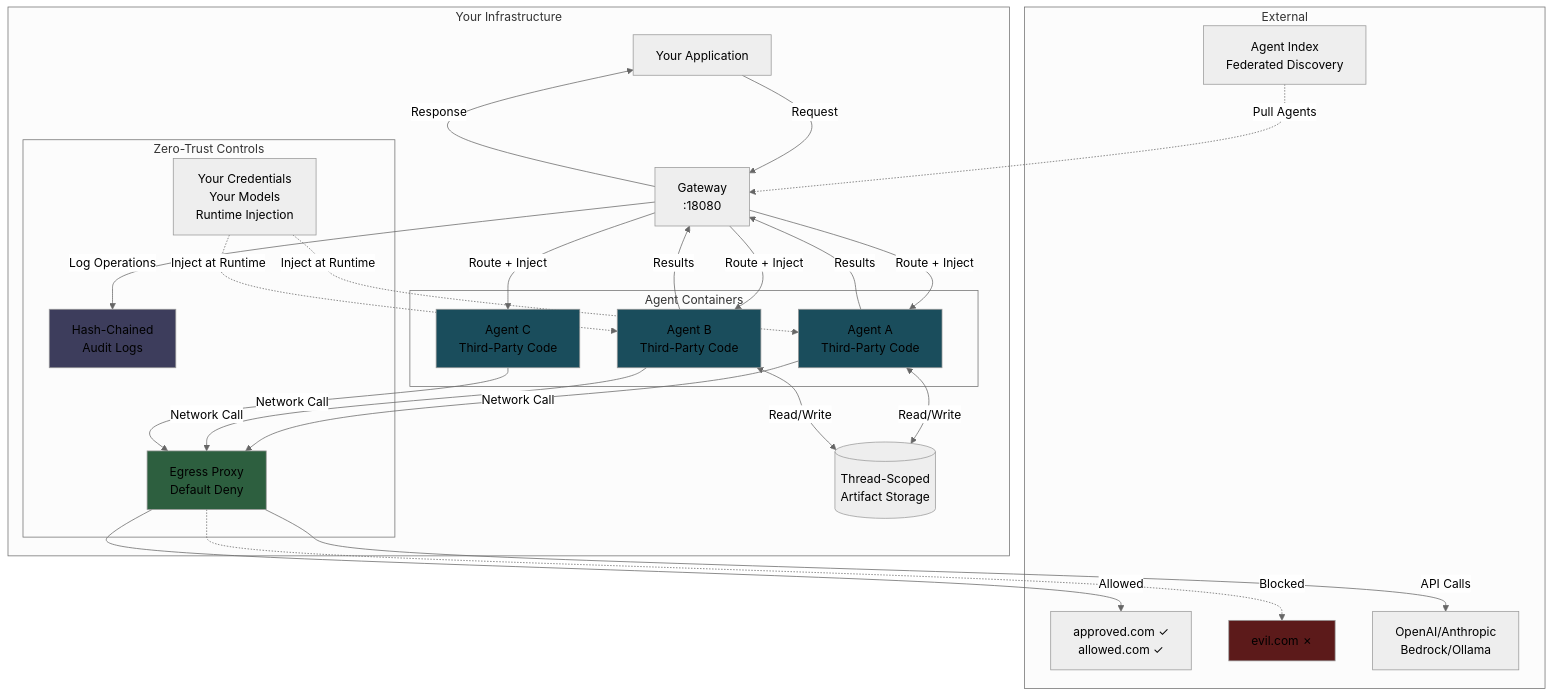
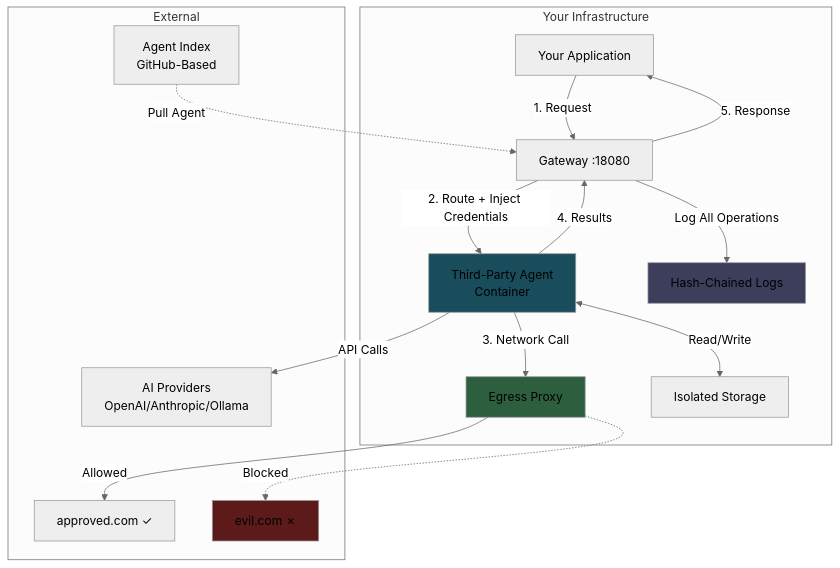
One commit to agentsystems/agentsystems changed the diagram in README.md. Above: the diagram before and after it, drawn with Mermaid (neutral theme).

Commit message:
docs: simplify architecture diagram to show single agent flow instead of multiple containers (#42)

````diff
--- a/README.md
+++ b/README.md
@@ -75,55 +75,35 @@
 ```mermaid
 graph TB
     subgraph "Your Infrastructure"
         App[Your Application]
-        GW[Gateway<br/>:18080]
-
-        subgraph "Agent Containers"
-            A1[Agent A<br/>Third-Party Code]
-            A2[Agent B<br/>Third-Party Code]
-            A3[Agent C<br/>Third-Party Code]
-        end
-
-        subgraph "Zero-Trust Controls"
-            Proxy[Egress Proxy<br/>Default Deny]
-            Creds[Your Credentials<br/>Your Models<br/>Runtime Injection]
-            Audit[Hash-Chained<br/>Audit Logs]
-        end
-
-        Storage[(Thread-Scoped<br/>Artifact Storage)]
+        GW[Gateway :18080]
+        Agent[Third-Party Agent<br/>Container]
+        Proxy[Egress Proxy]
+        Storage[Isolated Storage]
+        Audit[Hash-Chained Logs]
     end
 
     subgraph "External"
-        Index[Agent Index<br/>Federated Discovery]
-        Allow[approved.com ✓<br/>allowed.com ✓]
+        Index[Agent Index<br/>GitHub-Based]
+        Allow[approved.com ✓]
         Block[evil.com ✗]
-        AI[OpenAI/Anthropic<br/>Bedrock/Ollama]
+        AI[AI Providers<br/>OpenAI/Anthropic/Ollama]
     end
 
-    Index -.->|Pull Agents| GW
-    App -->|Request| GW
-    GW -->|Route + Inject| A1
-    GW -->|Route + Inject| A2
-    GW -->|Route + Inject| A3
-    Creds -.->|Inject at Runtime| A1
-    Creds -.->|Inject at Runtime| A2
-    A1 -->|Network Call| Proxy
-    A2 -->|Network Call| Proxy
-    A3 -->|Network Call| Proxy
+    Index -.->|Pull Agent| GW
+    App -->|1. Request| GW
+    GW -->|2. Route + Inject Credentials| Agent
+    Agent -->|3. Network Call| Proxy
     Proxy -->|Allowed| Allow
     Proxy -.->|Blocked| Block
-    Proxy -->|API Calls| AI
-    A1 <-->|Read/Write| Storage
-    A2 <-->|Read/Write| Storage
-    GW -->|Log Operations| Audit
-    A1 -->|Results| GW
-    A2 -->|Results| GW
-    GW -->|Response| App
+    Agent -->|API Calls| AI
+    Agent <-->|Read/Write| Storage
+    Agent -->|4. Results| GW
+    GW -->|5. Response| App
+    GW -->|Log All Operations| Audit
 
-    style A1 fill:#1a4d5c
-    style A2 fill:#1a4d5c
-    style A3 fill:#1a4d5c
+    style Agent fill:#1a4d5c
     style Proxy fill:#2d5f3f
     style Block fill:#5c1a1a
     style Audit fill:#3d3d5c
 ```
````
